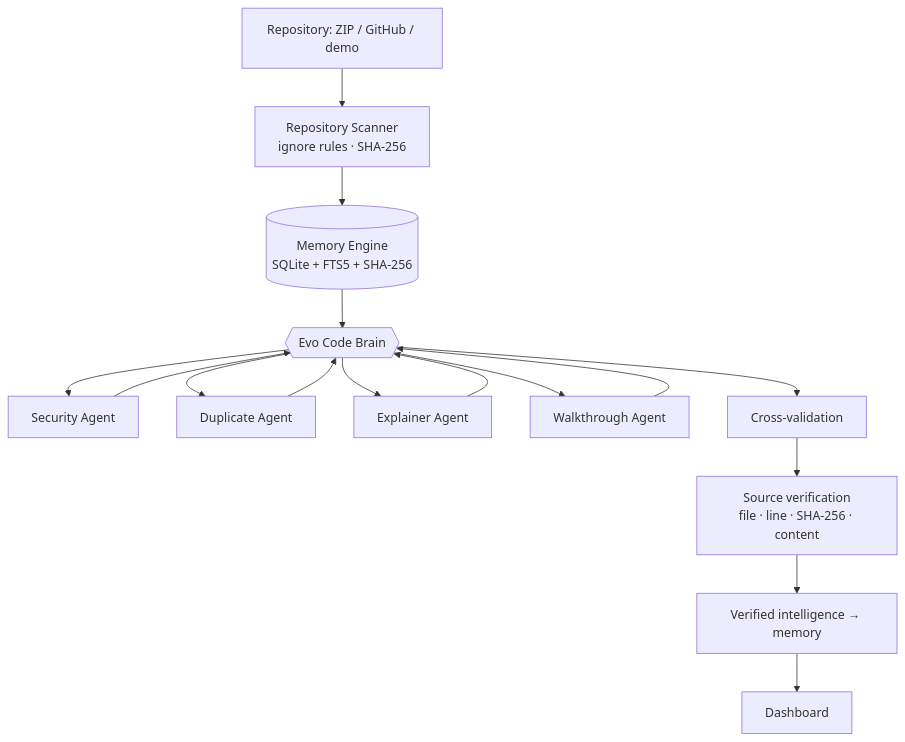
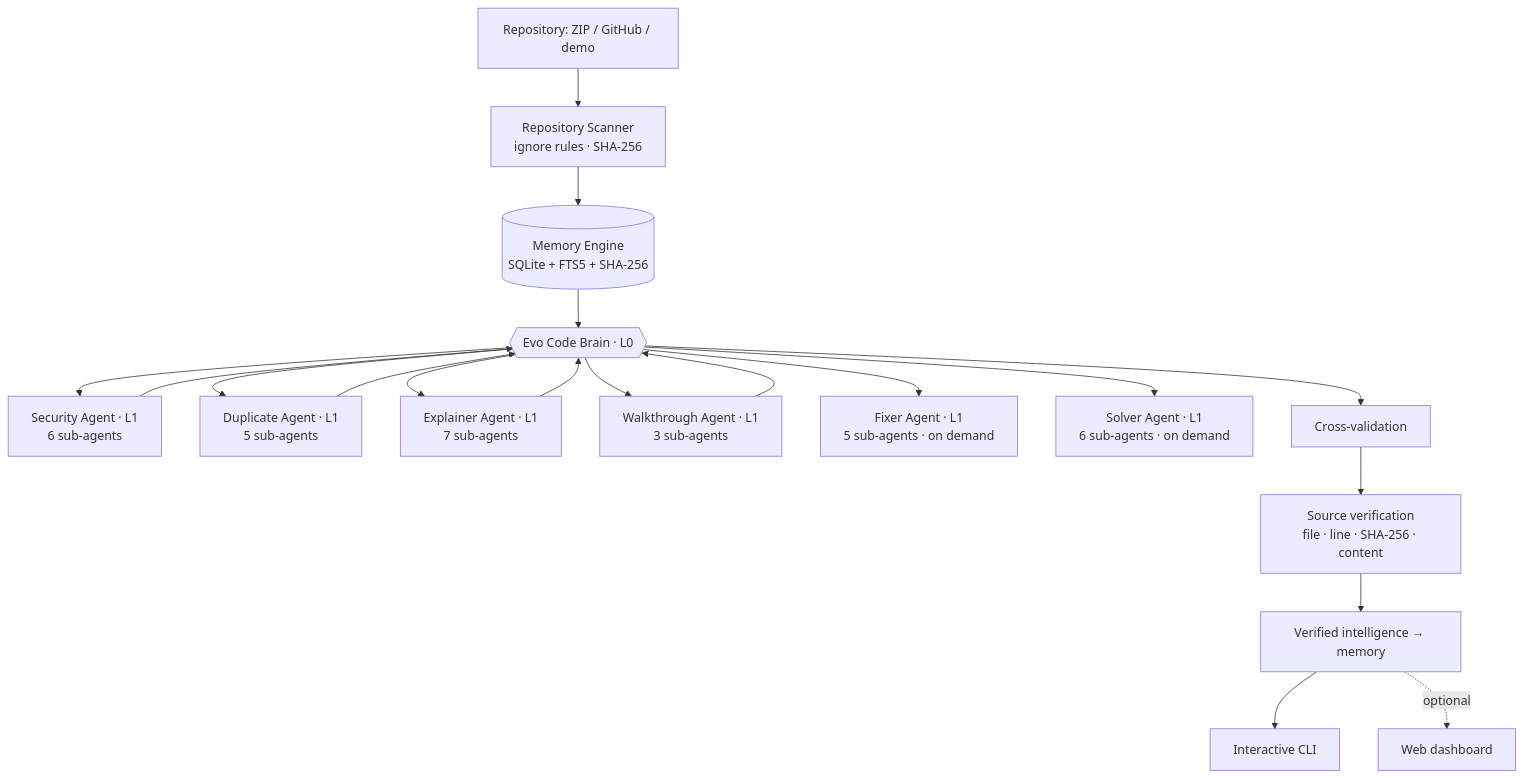
Before and after one commit to rakshak7879-bit/EvoCode-: the diagram in README.md, drawn with Mermaid. The commit also changed other lines of this file and 46 other files, not shown here.

````diff
--- a/README.md
+++ b/README.md
@@ -36,18 +94,21 @@
 ```mermaid
 flowchart TD
     Repo[Repository: ZIP / GitHub / demo] --> Scanner[Repository Scanner<br/>ignore rules · SHA-256]
     Scanner --> Memory[(Memory Engine<br/>SQLite + FTS5 + SHA-256)]
-    Memory --> Brain{{Evo Code Brain}}
-    Brain --> Security[Security Agent]
-    Brain --> Duplicate[Duplicate Agent]
-    Brain --> Explainer[Explainer Agent]
+    Memory --> Brain{{Evo Code Brain · L0}}
+    Brain --> Security[Security Agent · L1<br/>6 sub-agents]
+    Brain --> Duplicate[Duplicate Agent · L1<br/>5 sub-agents]
+    Brain --> Explainer[Explainer Agent · L1<br/>7 sub-agents]
     Explainer --> Brain
     Security --> Brain
     Duplicate --> Brain
-    Brain --> Walkthrough[Walkthrough Agent]
+    Brain --> Walkthrough[Walkthrough Agent · L1<br/>3 sub-agents]
     Walkthrough --> Brain
+    Brain --> Fixer[Fixer Agent · L1<br/>5 sub-agents · on demand]
+    Brain --> Solver[Solver Agent · L1<br/>6 sub-agents · on demand]
     Brain --> XV[Cross-validation]
     XV --> Verify[Source verification<br/>file · line · SHA-256 · content]
     Verify --> Intel[Verified intelligence → memory]
-    Intel --> UI[Dashboard]
+    Intel --> CLI[Interactive CLI]
+    Intel -. optional .-> UI[Web dashboard]
 ```
````
